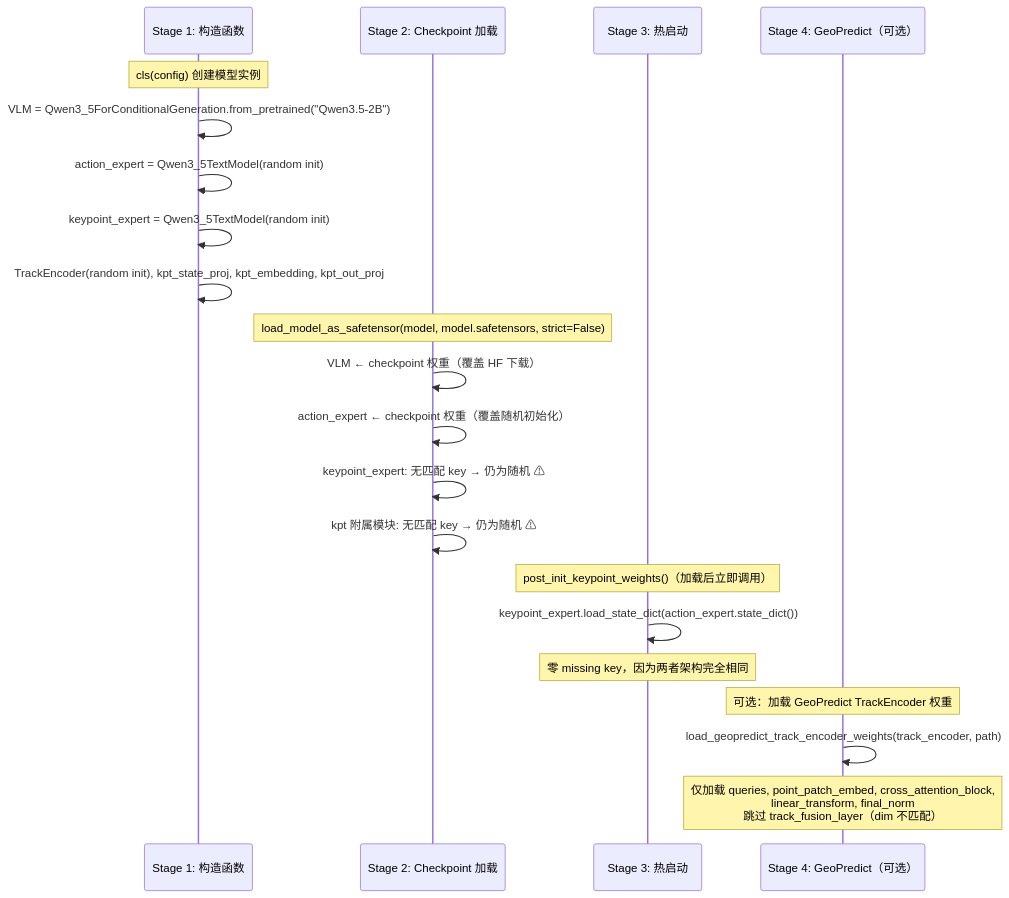
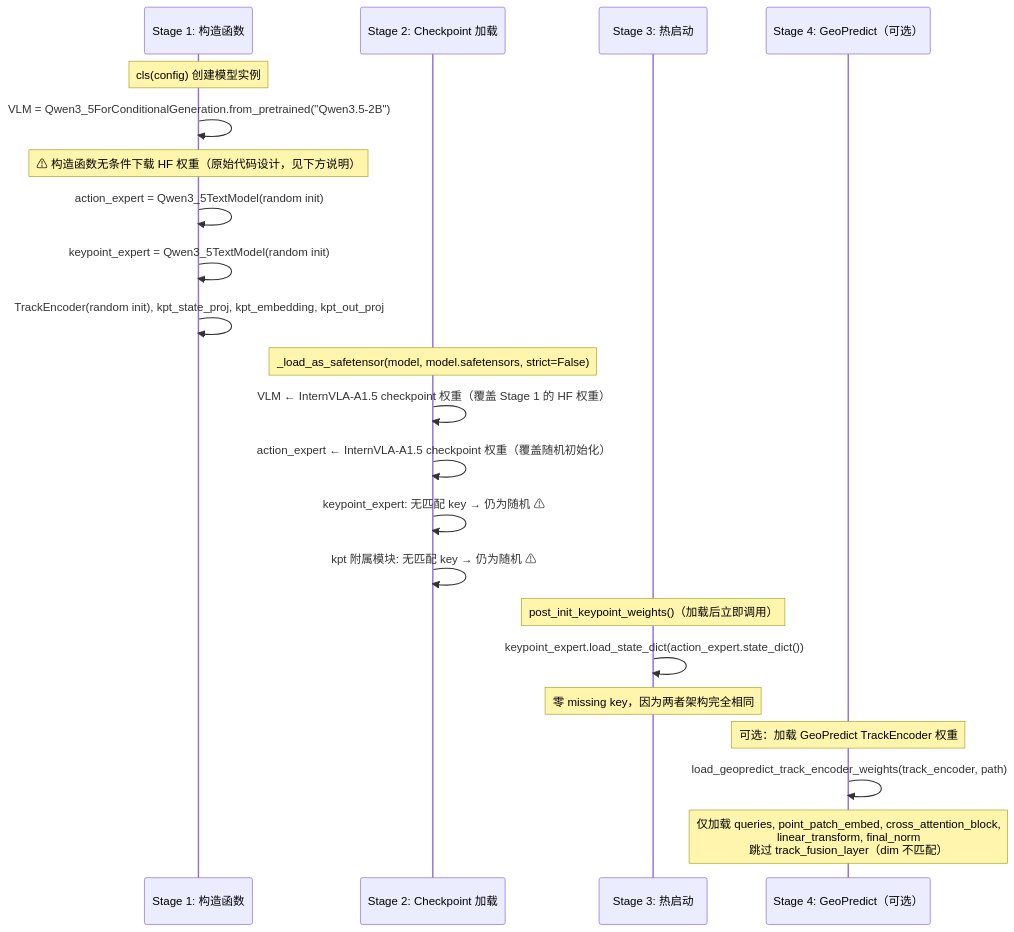
The fifth of 10 diagrams in b/d/itrnVLA15_GeoP_3dtrj_3cn2.md (lgautel/InternVLA-A-series), drawn with Mermaid before and after one commit. The commit also changed other lines of this file, not shown here.

````diff
--- a/b/d/itrnVLA15_GeoP_3dtrj_3cn2.md
+++ b/b/d/itrnVLA15_GeoP_3dtrj_3cn2.md
@@ -472,27 +472,28 @@
 ```mermaid
 sequenceDiagram
     participant Ctor as Stage 1: 构造函数
     participant Ckpt as Stage 2: Checkpoint 加载
     participant Warm as Stage 3: 热启动
     participant Geo as Stage 4: GeoPredict（可选）
     
     Note over Ctor: cls(config) 创建模型实例
     Ctor->>Ctor: VLM = Qwen3_5ForConditionalGeneration.from_pretrained("Qwen3.5-2B")
+    Note over Ctor: ⚠ 构造函数无条件下载 HF 权重（原始代码设计，见下方说明）
     Ctor->>Ctor: action_expert = Qwen3_5TextModel(random init)
     Ctor->>Ctor: keypoint_expert = Qwen3_5TextModel(random init)
     Ctor->>Ctor: TrackEncoder(random init), kpt_state_proj, kpt_embedding, kpt_out_proj
     
-    Note over Ckpt: load_model_as_safetensor(model, model.safetensors, strict=False)
-    Ckpt->>Ckpt: VLM ← checkpoint 权重（覆盖 HF 下载）
-    Ckpt->>Ckpt: action_expert ← checkpoint 权重（覆盖随机初始化）
+    Note over Ckpt: _load_as_safetensor(model, model.safetensors, strict=False)
+    Ckpt->>Ckpt: VLM ← InternVLA-A1.5 checkpoint 权重（覆盖 Stage 1 的 HF 权重）
+    Ckpt->>Ckpt: action_expert ← InternVLA-A1.5 checkpoint 权重（覆盖随机初始化）
     Ckpt->>Ckpt: keypoint_expert: 无匹配 key → 仍为随机 ⚠
     Ckpt->>Ckpt: kpt 附属模块: 无匹配 key → 仍为随机 ⚠
     
     Note over Warm: post_init_keypoint_weights()（加载后立即调用）
     Warm->>Warm: keypoint_expert.load_state_dict(action_expert.state_dict())
     Note over Warm: 零 missing key，因为两者架构完全相同
     
     Note over Geo: 可选：加载 GeoPredict TrackEncoder 权重
     Geo->>Geo: load_geopredict_track_encoder_weights(track_encoder, path)
     Note over Geo: 仅加载 queries, point_patch_embed, cross_attention_block,<br/>linear_transform, final_norm<br/>跳过 track_fusion_layer（dim 不匹配）
 ```
````
